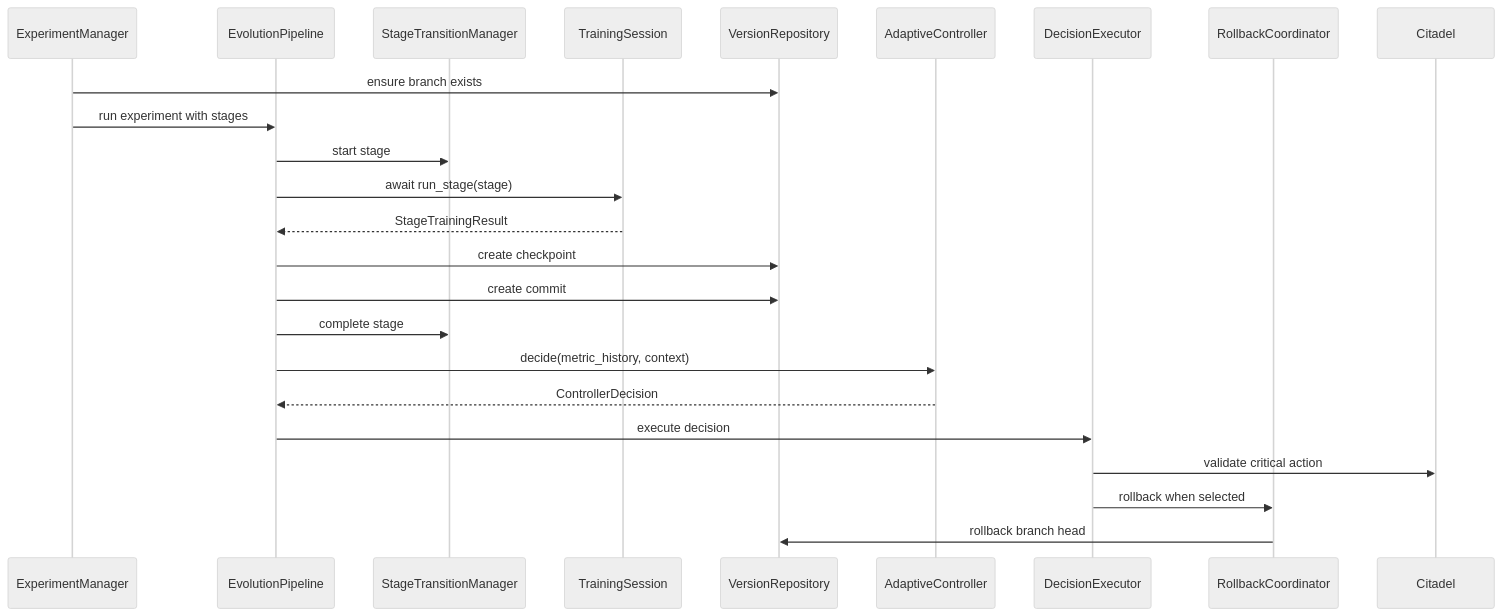
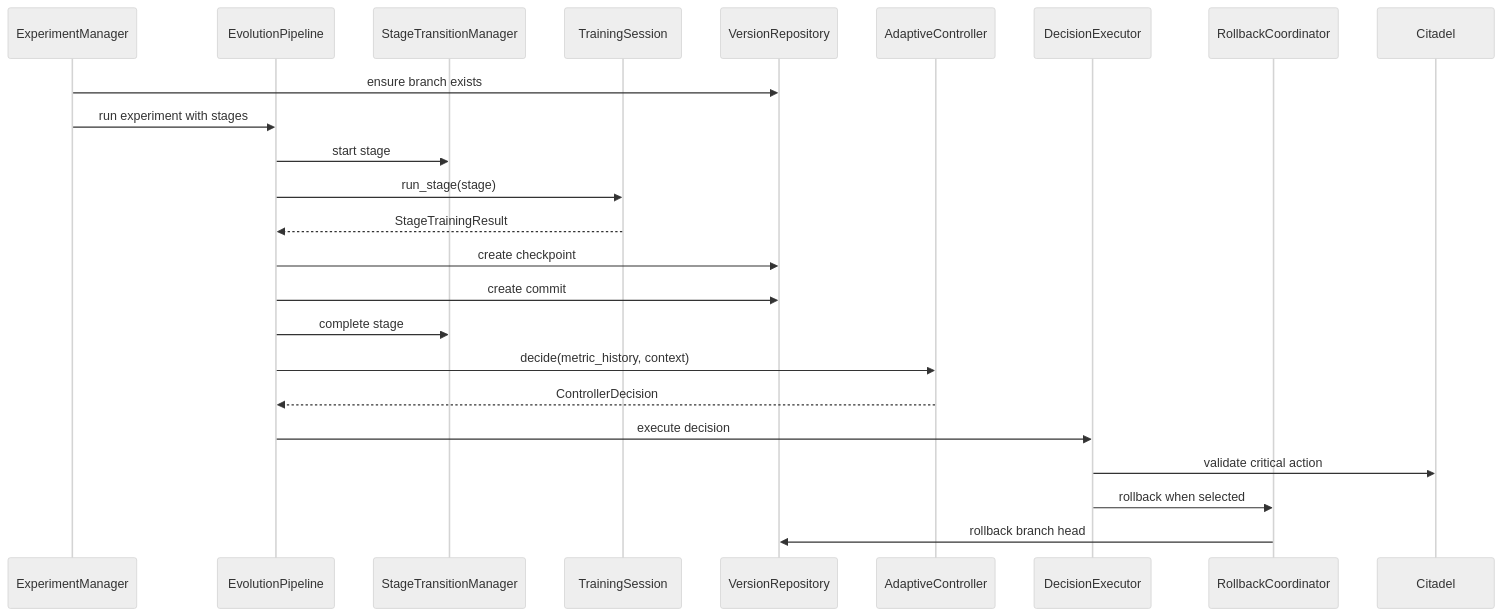
The fifth of 12 diagrams in docs/ARCHITECTURE_AUDIT.md (localzet/acn), drawn with Mermaid (neutral theme) before and after one commit. The commit also changed other lines of this file and 10 other files, not shown here.

````diff
--- a/docs/ARCHITECTURE_AUDIT.md
+++ b/docs/ARCHITECTURE_AUDIT.md
@@ -352,27 +352,27 @@
 ```mermaid
 sequenceDiagram
     participant EM as ExperimentManager
     participant EP as EvolutionPipeline
     participant STM as StageTransitionManager
     participant TS as TrainingSession
     participant VR as VersionRepository
     participant AC as AdaptiveController
     participant DE as DecisionExecutor
     participant RC as RollbackCoordinator
     participant C as Citadel
 
     EM->>VR: ensure branch exists
     EM->>EP: run experiment with stages
     EP->>STM: start stage
-    EP->>TS: await run_stage(stage)
+    EP->>TS: run_stage(stage)
     TS-->>EP: StageTrainingResult
     EP->>VR: create checkpoint
     EP->>VR: create commit
     EP->>STM: complete stage
     EP->>AC: decide(metric_history, context)
     AC-->>EP: ControllerDecision
     EP->>DE: execute decision
     DE->>C: validate critical action
     DE->>RC: rollback when selected
     RC->>VR: rollback branch head
 ```
````
